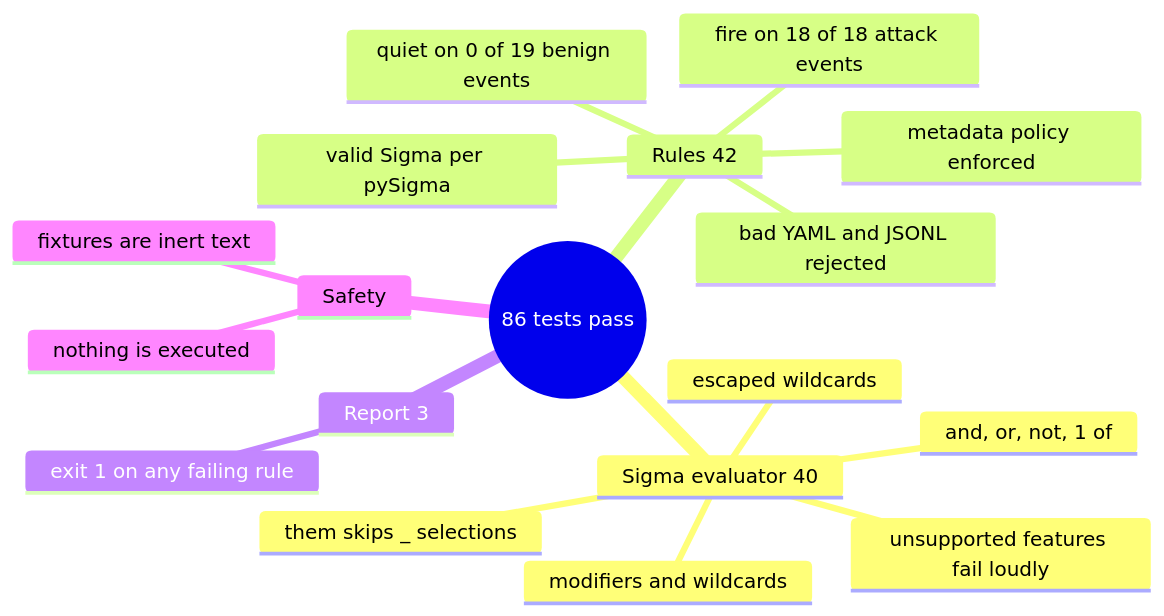
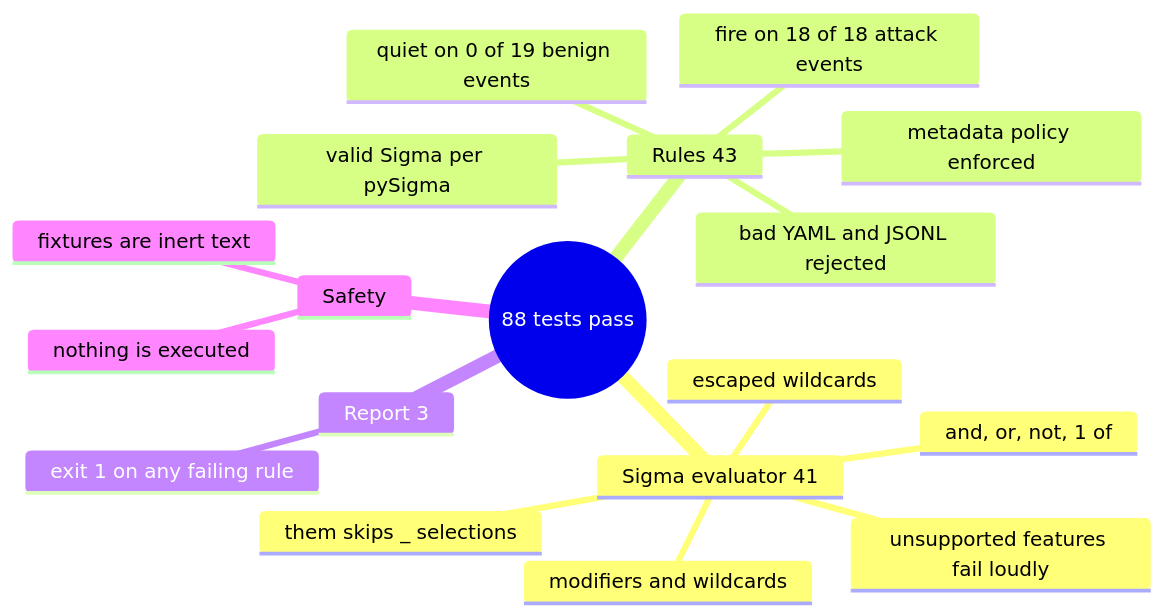
Before and after one commit to EquinoxWN/detection-as-code: the second of 2 diagrams in README.md, drawn with Mermaid. The commit also changed other lines of this file and 6 other files, not shown here.

````diff
--- a/README.md
+++ b/README.md
@@ -116,21 +116,21 @@
 ```mermaid
 mindmap
-  root((86 tests pass))
-    Sigma evaluator 40
+  root((88 tests pass))
+    Sigma evaluator 41
       modifiers and wildcards
       and, or, not, 1 of
       escaped wildcards
       them skips _ selections
       unsupported features fail loudly
-    Rules 42
+    Rules 43
       fire on 18 of 18 attack events
       quiet on 0 of 19 benign events
       valid Sigma per pySigma
       metadata policy enforced
       bad YAML and JSONL rejected
     Report 3
       exit 1 on any failing rule
     Safety
       fixtures are inert text
       nothing is executed
 ```
````
